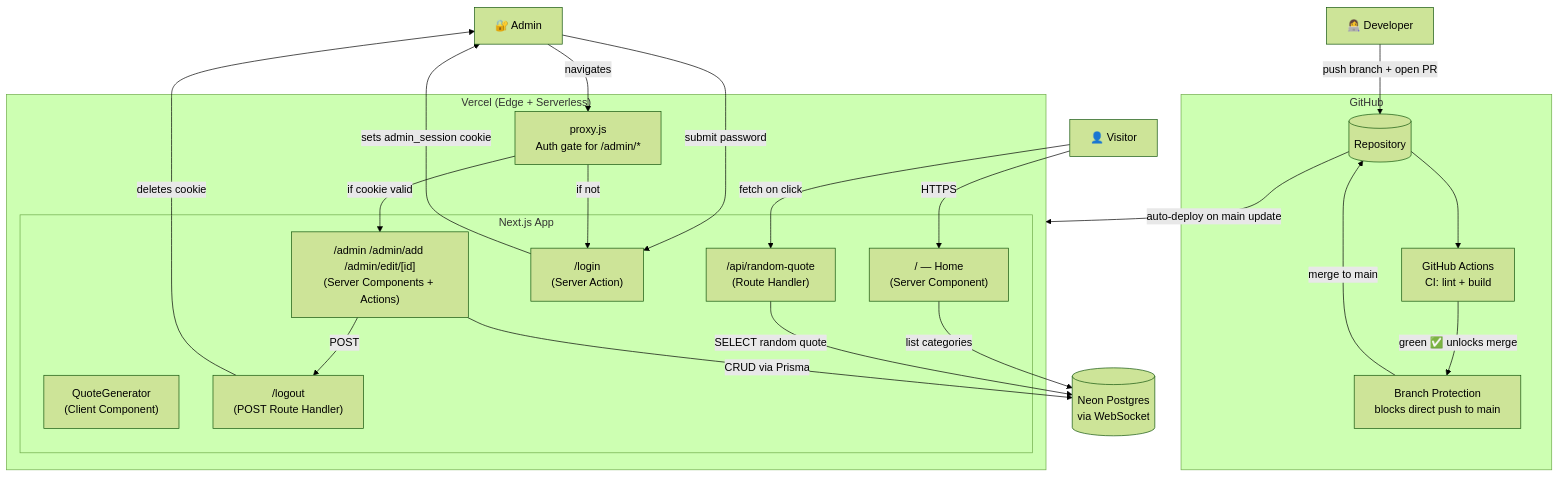
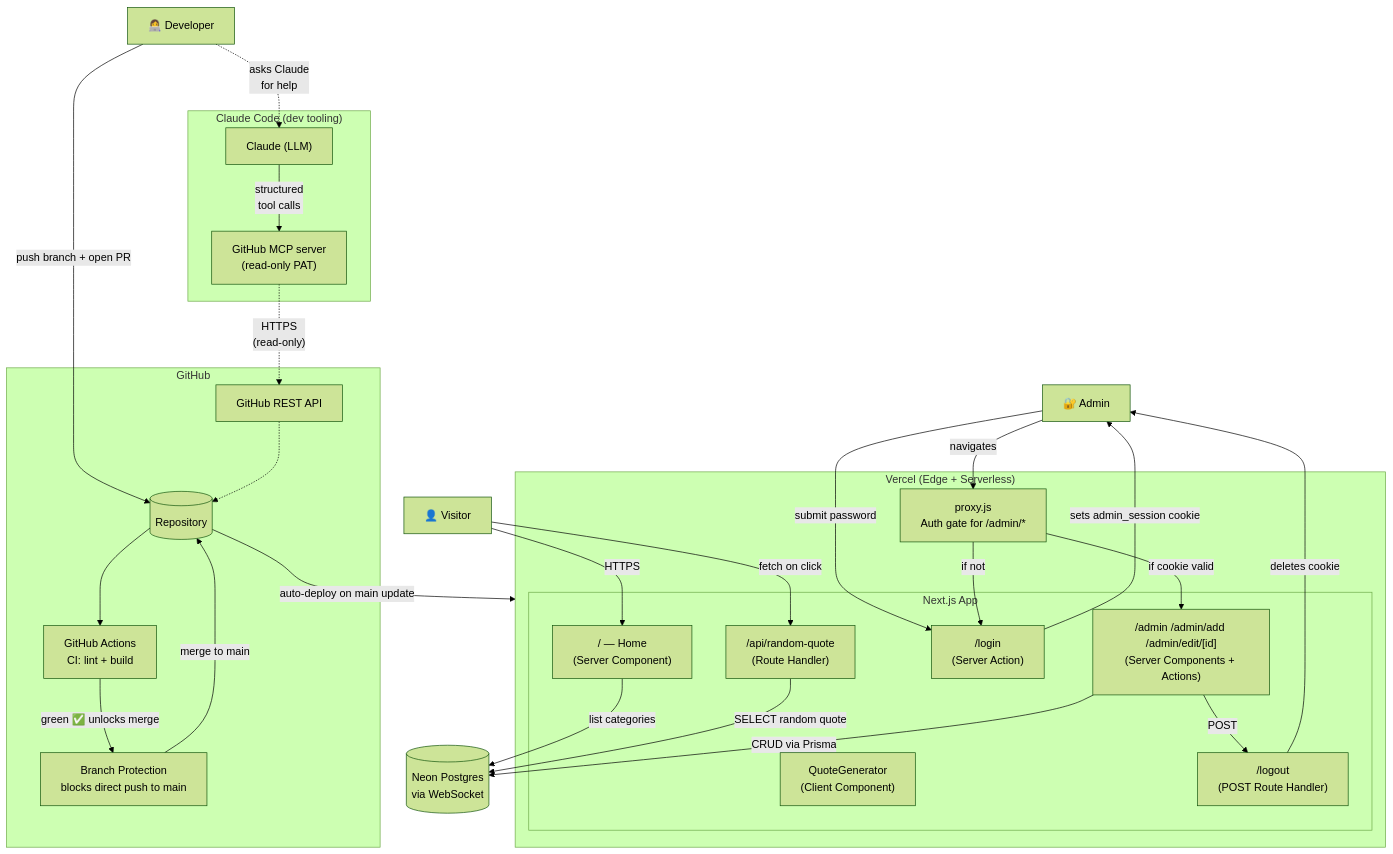
The first of 5 diagrams in ARCHITECTURE.md (sneharosesanthosh/daily-dose), drawn with Mermaid (forest theme) before and after one commit. The commit also changed other lines of this file, not shown here.

Commit message:
Document MCP servers in ARCHITECTURE — GitHub MCP setup with conservative PAT

````diff
--- a/ARCHITECTURE.md
+++ b/ARCHITECTURE.md
@@ -7,47 +7,57 @@
 ```mermaid
 graph TB
     Dev[👩‍💻 Developer]
     Visitor[👤 Visitor]
     Admin[🔐 Admin]
 
+    subgraph ClaudeCode["Claude Code (dev tooling)"]
+        ClaudeLLM["Claude (LLM)"]
+        MCPServer["GitHub MCP server<br/>(read-only PAT)"]
+        ClaudeLLM -->|"structured<br/>tool calls"| MCPServer
+    end
+
     subgraph GitHub["GitHub"]
         Repo[(Repository)]
         Actions["GitHub Actions<br/>CI: lint + build"]
         Protection["Branch Protection<br/>blocks direct push to main"]
+        GHAPI["GitHub REST API"]
     end
 
     subgraph Vercel["Vercel (Edge + Serverless)"]
         Proxy["proxy.js<br/>Auth gate for /admin/*"]
 
         subgraph App["Next.js App"]
             Home["/ — Home<br/>(Server Component)"]
             Generator["QuoteGenerator<br/>(Client Component)"]
             API["/api/random-quote<br/>(Route Handler)"]
             Login["/login<br/>(Server Action)"]
             Logout["/logout<br/>(POST Route Handler)"]
             AdminUI["/admin /admin/add /admin/edit/[id]<br/>(Server Components + Actions)"]
         end
     end
 
     Neon[("Neon Postgres<br/>via WebSocket")]
 
     Dev -->|"push branch + open PR"| Repo
+    Dev -.->|"asks Claude<br/>for help"| ClaudeLLM
+    MCPServer -.->|"HTTPS<br/>(read-only)"| GHAPI
+    GHAPI -.-> Repo
     Repo --> Actions
     Actions -->|"green ✅ unlocks merge"| Protection
     Protection -->|"merge to main"| Repo
     Repo -->|"auto-deploy on main update"| Vercel
 
     Visitor -->|"HTTPS"| Home
     Visitor -->|"fetch on click"| API
     Home -->|"list categories"| Neon
     API -->|"SELECT random quote"| Neon
 
     Admin -->|"submit password"| Login
     Login -->|"sets admin_session cookie"| Admin
     Admin -->|"navigates"| Proxy
     Proxy -->|"if cookie valid"| AdminUI
     Proxy -->|"if not"| Login
     AdminUI -->|"CRUD via Prisma"| Neon
     AdminUI -->|"POST"| Logout
     Logout -->|"deletes cookie"| Admin
 ```
````
